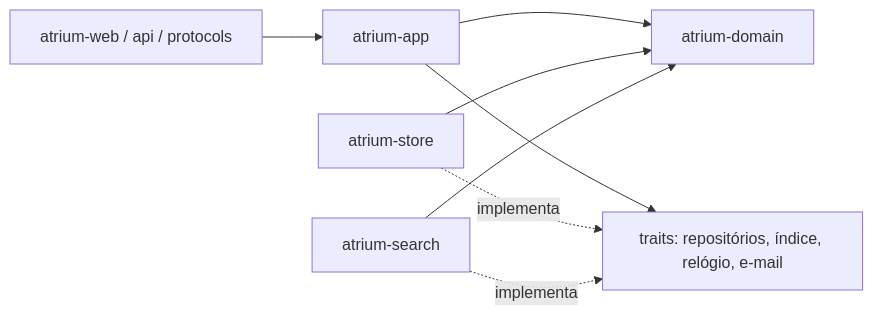
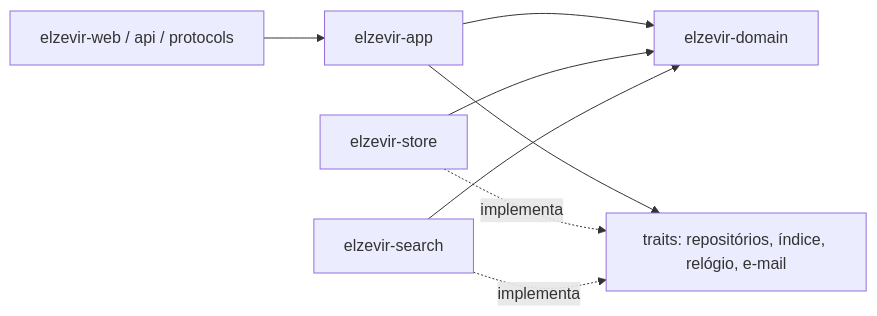
The first of 2 diagrams in docs/arquitetura/02-modo-de-implementacao.md (PauloFBaldiFH/Atrium), drawn with Mermaid before and after one commit. The commit also changed other lines of this file and 169 other files, not shown here.

First line of the commit message:
refactor: renomeia o projeto de Atrium para Elzevir

````diff
--- a/docs/arquitetura/02-modo-de-implementacao.md
+++ b/docs/arquitetura/02-modo-de-implementacao.md
@@ -21,10 +21,10 @@
 ```mermaid
 flowchart LR
-    WEB["atrium-web / api / protocols"] --> APP["atrium-app"]
-    APP --> DOM["atrium-domain"]
+    WEB["elzevir-web / api / protocols"] --> APP["elzevir-app"]
+    APP --> DOM["elzevir-domain"]
     APP --> PORTS["traits: repositórios, índice, relógio, e-mail"]
-    STORE["atrium-store"] -. implementa .-> PORTS
-    SEARCH["atrium-search"] -. implementa .-> PORTS
+    STORE["elzevir-store"] -. implementa .-> PORTS
+    SEARCH["elzevir-search"] -. implementa .-> PORTS
     STORE --> DOM
     SEARCH --> DOM
 ```
````
